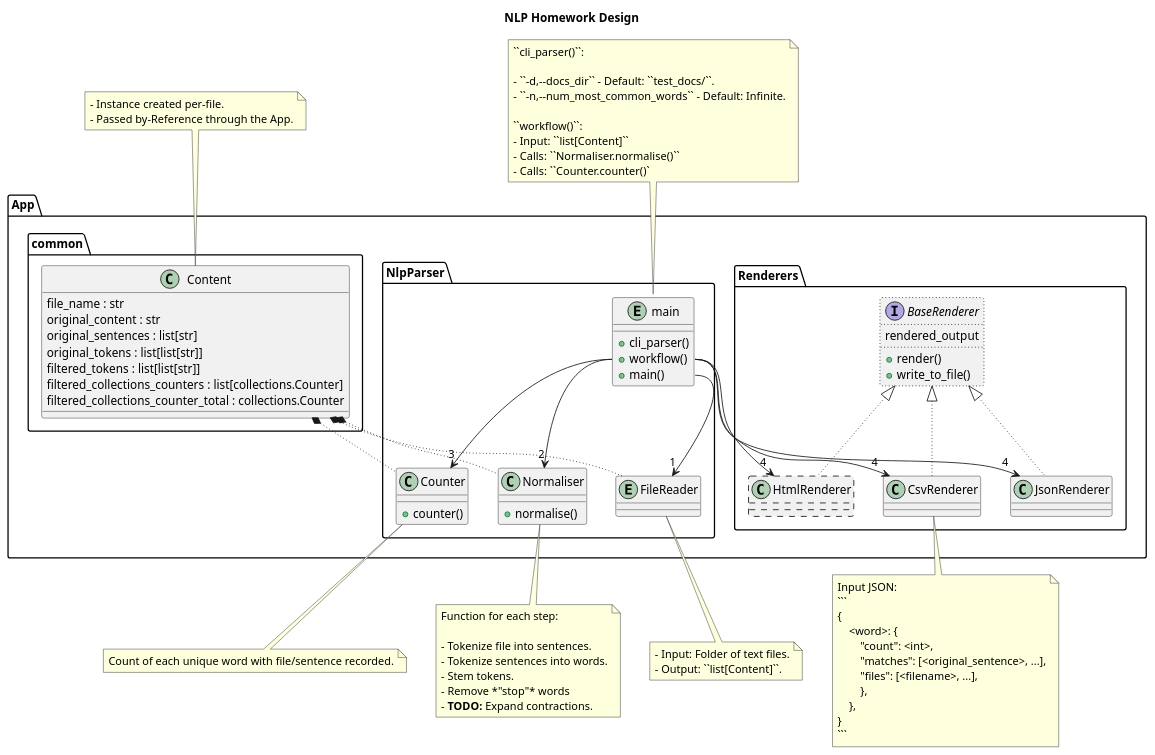
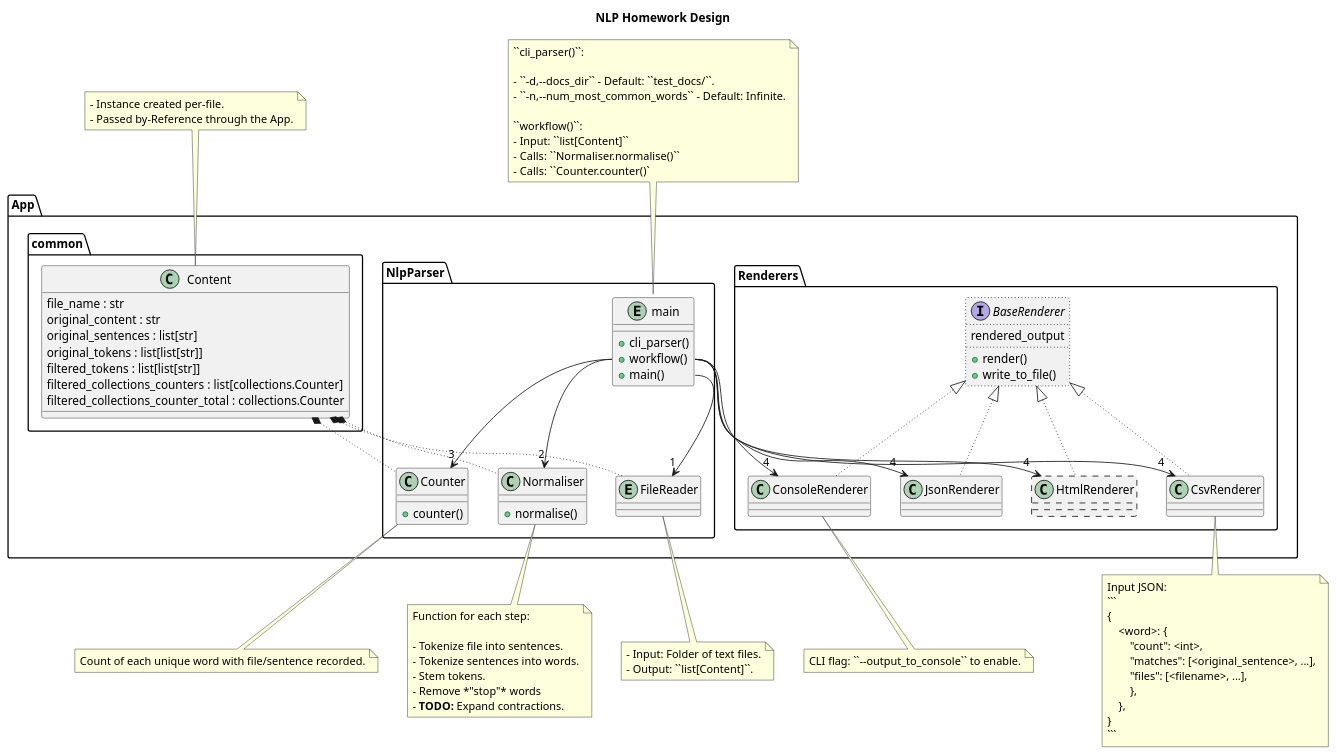
One commit to jackson15j/python_homework_nlp changed the diagram in docs/design.plantuml. Above: the diagram before and after it, drawn with PlantUML.

Commit message:
Updated design with `ConsoleRenderer`

````diff
--- a/docs/design.plantuml
+++ b/docs/design.plantuml
@@ -1,111 +1,118 @@
 @startuml design
 title NLP Homework Design
 
 !pragma useNewPackage
 set separator .
 
 
 package App {
         package common {
                 class Content {
                         file_name : str
                         original_content : str
                         original_sentences : list[str]
                         original_tokens : list[list[str]]
                         filtered_tokens : list[list[str]]
                         filtered_collections_counters : list[collections.Counter]
                         filtered_collections_counter_total : collections.Counter
                 }
         }
         package NlpParser {
                 entity main {
                         +cli_parser()
                         +workflow()
                         +main()
                 }
                 entity FileReader
                 class Normaliser {
                         +normalise()
                 }
                 class Counter {
                         +counter()
                 }
         }
         package Renderers {
                 interface BaseRenderer #line.dotted {
                         rendered_output
                         +render()
                         +write_to_file()
                 }
+                class ConsoleRenderer
                 class CsvRenderer
                 class JsonRenderer
                 class HtmlRenderer #line.dashed
         }
 }
 
 Content *-[dotted]- FileReader
 Content *-[dotted]- Normaliser
 Content *-[dotted]- Counter
 main::main -right->"1" FileReader
 main::workflow -->"2" Normaliser
 main::workflow -->"3" Counter
+main::workflow -->"4" ConsoleRenderer
 main::workflow -->"4" CsvRenderer
 main::workflow -->"4" HtmlRenderer
 main::workflow -->"4" JsonRenderer
+BaseRenderer <|-[dotted]- ConsoleRenderer
 BaseRenderer <|-[dotted]- CsvRenderer
 BaseRenderer <|-[dotted]- HtmlRenderer
 BaseRenderer <|-[dotted]- JsonRenderer
 FileReader -[hidden]left-> Normaliser
 Normaliser -[hidden]left-> Counter
 
 
 note top of Content
         - Instance created per-file.
         - Passed by-Reference through the App.
 end note
 
 note top of main
         ``cli_parser()``:
 
         - ``-d,--docs_dir`` - Default: ``test_docs/``.
         - ``-n,--num_most_common_words`` - Default: Infinite.
 
         ``workflow()``:
         - Input: ``list[Content]``
         - Calls: ``Normaliser.normalise()``
         - Calls: ``Counter.counter()`
 end note
 
 note bottom of FileReader
         - Input: Folder of text files.
         - Output: ``list[Content]``.
 end note
 
 note bottom of Normaliser
         Function for each step:
 
         - Tokenize file into sentences.
         - Tokenize sentences into words.
         - Stem tokens.
         - Remove *"stop"* words
         - <b>TODO:</b> Expand contractions.
 end note
 
 note bottom of Counter
         Count of each unique word with file/sentence recorded.
 end note
 
+note bottom of ConsoleRenderer
+        CLI flag: ``--output_to_console`` to enable.
+end note
+
 note bottom of CsvRenderer
         Input JSON:
         ```
         {
             <word>: {
                 "count": <int>,
                 "matches": [<original_sentence>, ...],
                 "files": [<filename>, ...],
                 },
             },
         }
         ```
 end note
 @enduml
````
